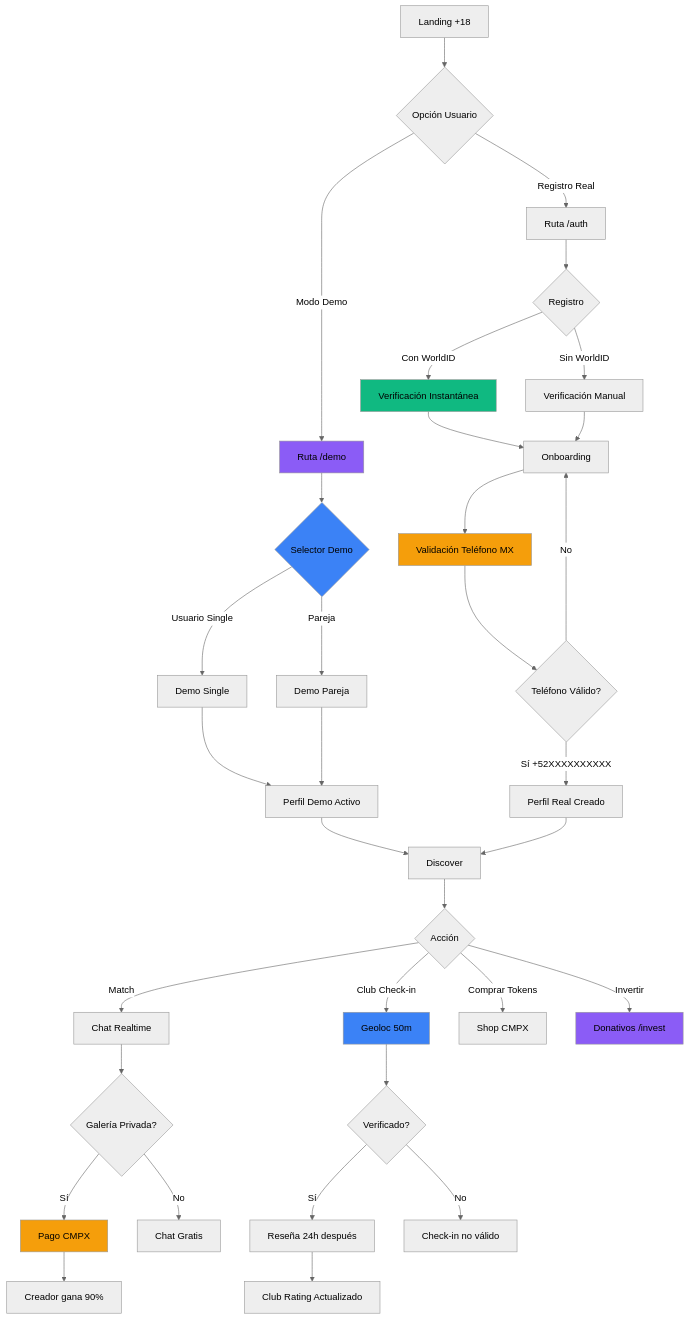
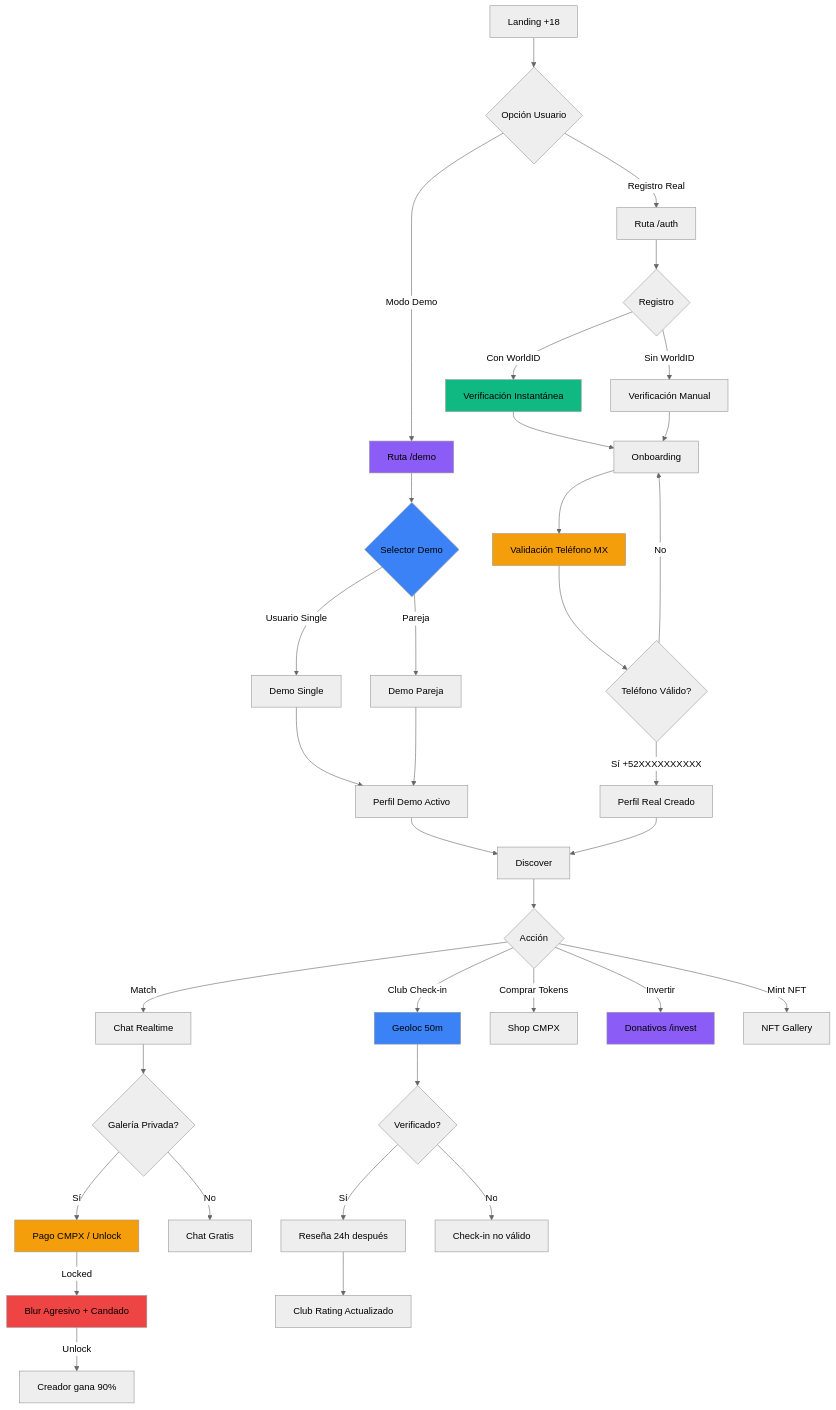
The first of 6 diagrams in DIAGRAMAS_FLUJOS_v3.5.0.md (Complicessconecta/ComplicesConecta), drawn with Mermaid (neutral theme) before and after one commit. The commit also changed other lines of this file and 21 other files, not shown here.

````diff
--- a/DIAGRAMAS_FLUJOS_v3.5.0.md
+++ b/DIAGRAMAS_FLUJOS_v3.5.0.md
@@ -11,53 +11,56 @@
 ```mermaid
 flowchart TD
     A[Landing +18] --> B{Opción Usuario}
     B -->|Modo Demo| C[Ruta /demo]
     B -->|Registro Real| D[Ruta /auth]
     
     C --> E{Selector Demo}
     E -->|Usuario Single| F[Demo Single]
     E -->|Pareja| G[Demo Pareja]
     
     F --> H[Perfil Demo Activo]
     G --> H
     
     D --> I{Registro}
     I -->|Con WorldID| J[Verificación Instantánea]
     I -->|Sin WorldID| K[Verificación Manual]
     
     J --> L[Onboarding]
     K --> L
     
     L --> M[Validación Teléfono MX]
     M --> N{Teléfono Válido?}
     N -->|Sí +52XXXXXXXXXX| O[Perfil Real Creado]
     N -->|No| L
     
     H --> P[Discover]
     O --> P
     
     P --> Q{Acción}
     Q -->|Match| R[Chat Realtime]
     Q -->|Club Check-in| S[Geoloc 50m]
     Q -->|Comprar Tokens| T[Shop CMPX]
     Q -->|Invertir| U[Donativos /invest]
+    Q -->|Mint NFT| N1[NFT Gallery]
     
     S --> V{Verificado?}
     V -->|Sí| W[Reseña 24h después]
     V -->|No| X[Check-in no válido]
     
     R --> Y{Galería Privada?}
-    Y -->|Sí| Z[Pago CMPX]
+    Y -->|Sí| Z[Pago CMPX / Unlock]
     Y -->|No| AA[Chat Gratis]
     
-    Z --> AB[Creador gana 90%]
+    Z -->|Locked| BLUR[Blur Agresivo + Candado]
+    BLUR -->|Unlock| AB[Creador gana 90%]
     W --> AC[Club Rating Actualizado]
     
     style C fill:#8b5cf6
     style E fill:#3b82f6
     style J fill:#10b981
     style M fill:#f59e0b
     style S fill:#3b82f6
     style Z fill:#f59e0b
     style U fill:#8b5cf6
+    style BLUR fill:#ef4444
 ```
````
